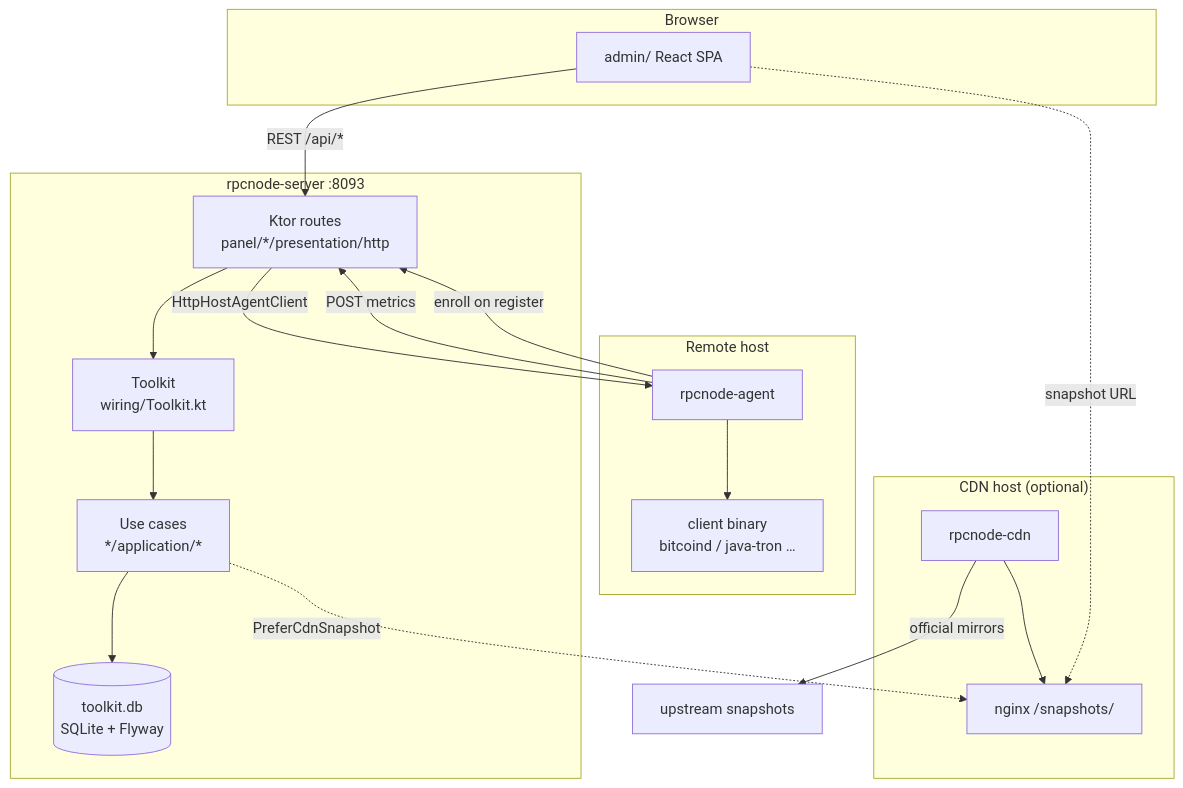
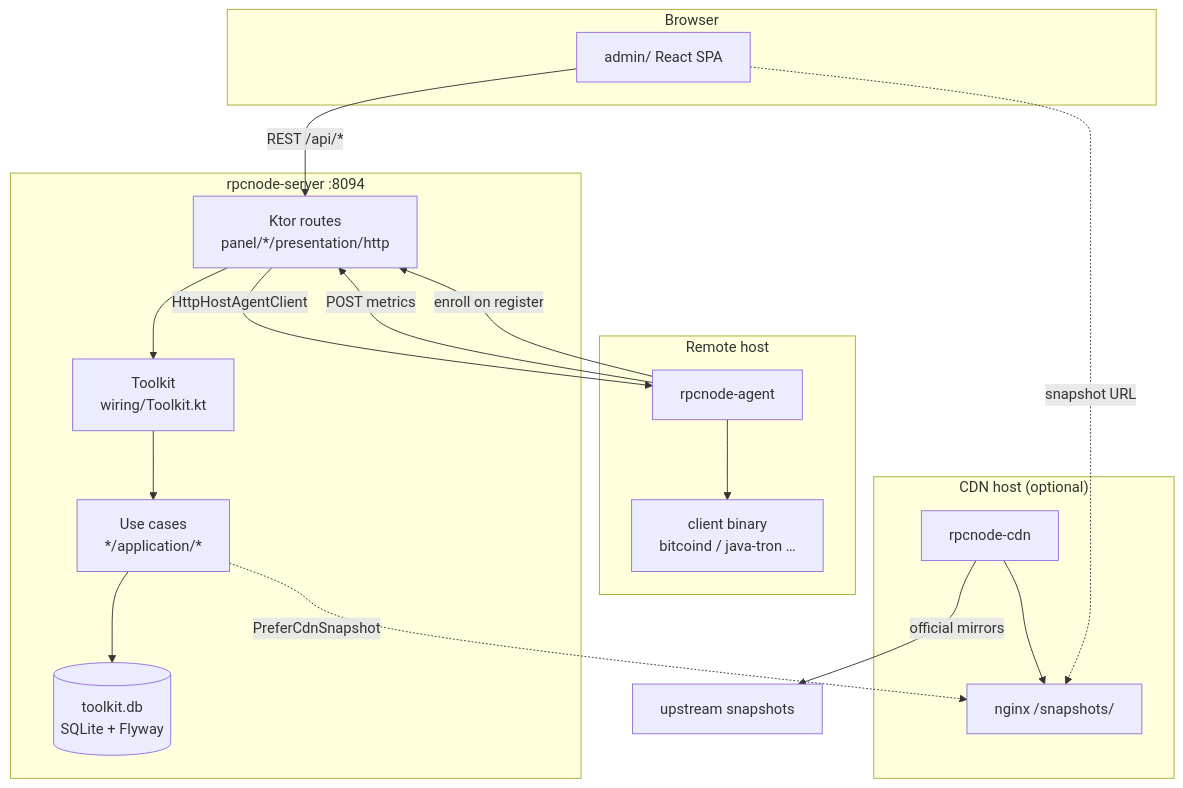
The first of 8 diagrams in app/ARCHITECTURE.md (rpcnode/toolkit), drawn with Mermaid before and after one commit. The commit also changed other lines of this file and 47 other files, not shown here.

````diff
--- a/app/ARCHITECTURE.md
+++ b/app/ARCHITECTURE.md
@@ -23,34 +23,34 @@
 ```mermaid
 flowchart TB
   subgraph browser["Browser"]
     Admin["admin/ React SPA"]
   end
 
-  subgraph panel["rpcnode-server :8093"]
+  subgraph panel["rpcnode-server :8094"]
     Ktor["Ktor routes<br/>panel/*/presentation/http"]
     TK["Toolkit<br/>wiring/Toolkit.kt"]
     UC["Use cases<br/>*/application/*"]
     DB[("toolkit.db<br/>SQLite + Flyway")]
     Ktor --> TK --> UC --> DB
   end
 
   subgraph host["Remote host"]
     Agent["rpcnode-agent"]
     NodeProc["client binary<br/>bitcoind / java-tron …"]
     Agent --> NodeProc
   end
 
   subgraph cdnHost["CDN host (optional)"]
     Cdn["rpcnode-cdn"]
     Nginx["nginx /snapshots/"]
     Cdn --> Nginx
   end
 
   Admin -->|"REST /api/*"| Ktor
   Agent -->|"POST metrics"| Ktor
   Agent -->|"enroll on register"| Ktor
   Ktor -->|"HttpHostAgentClient"| Agent
   Cdn -->|"official mirrors"| Official["upstream snapshots"]
   Admin -.->|"snapshot URL"| Nginx
   UC -.->|"PreferCdnSnapshot"| Nginx
 ```
````
